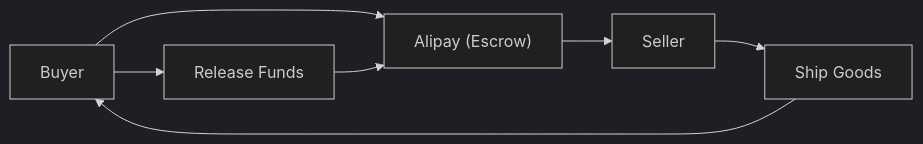
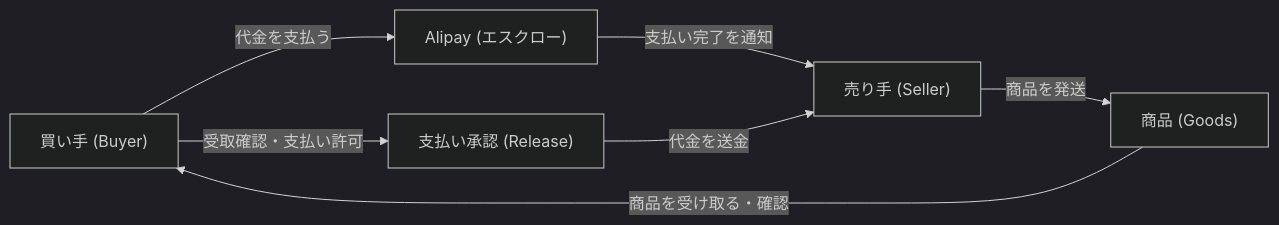
Before and after one commit to kenjinote/blog: the diagram in content/post/history-of-alibaba/index.md, drawn with Mermaid (dark theme). The commit also changed other lines of this file and 276 other files, not shown here.

````diff
--- a/content/post/history-of-alibaba/index.md
+++ b/content/post/history-of-alibaba/index.md
@@ -24,9 +47,9 @@
 ```mermaid
 flowchart LR
-    Buyer["Buyer"] --> Alipay["Alipay (Escrow)"]
-    Alipay --> Seller["Seller"]
-    Seller --> Goods["Ship Goods"]
-    Goods --> Buyer
-    Buyer --> Release["Release Funds"]
-    Release --> Alipay
+    Buyer["買い手 (Buyer)"] -->|代金を支払う| Alipay["Alipay (エスクロー)"]
+    Alipay -->|支払い完了を通知| Seller["売り手 (Seller)"]
+    Seller -->|商品を発送| Goods["商品 (Goods)"]
+    Goods -->|商品を受け取る・確認| Buyer
+    Buyer -->|受取確認・支払い許可| Release["支払い承認 (Release)"]
+    Release -->|代金を送金| Seller
 ```
````
